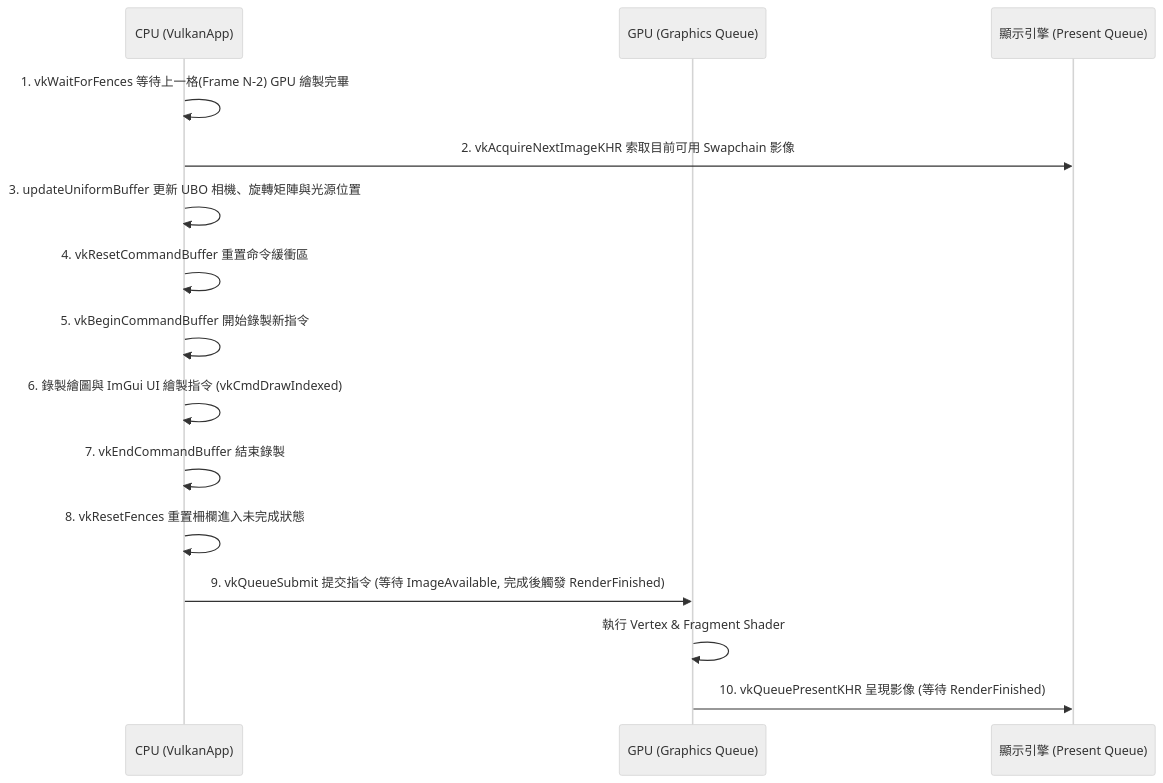
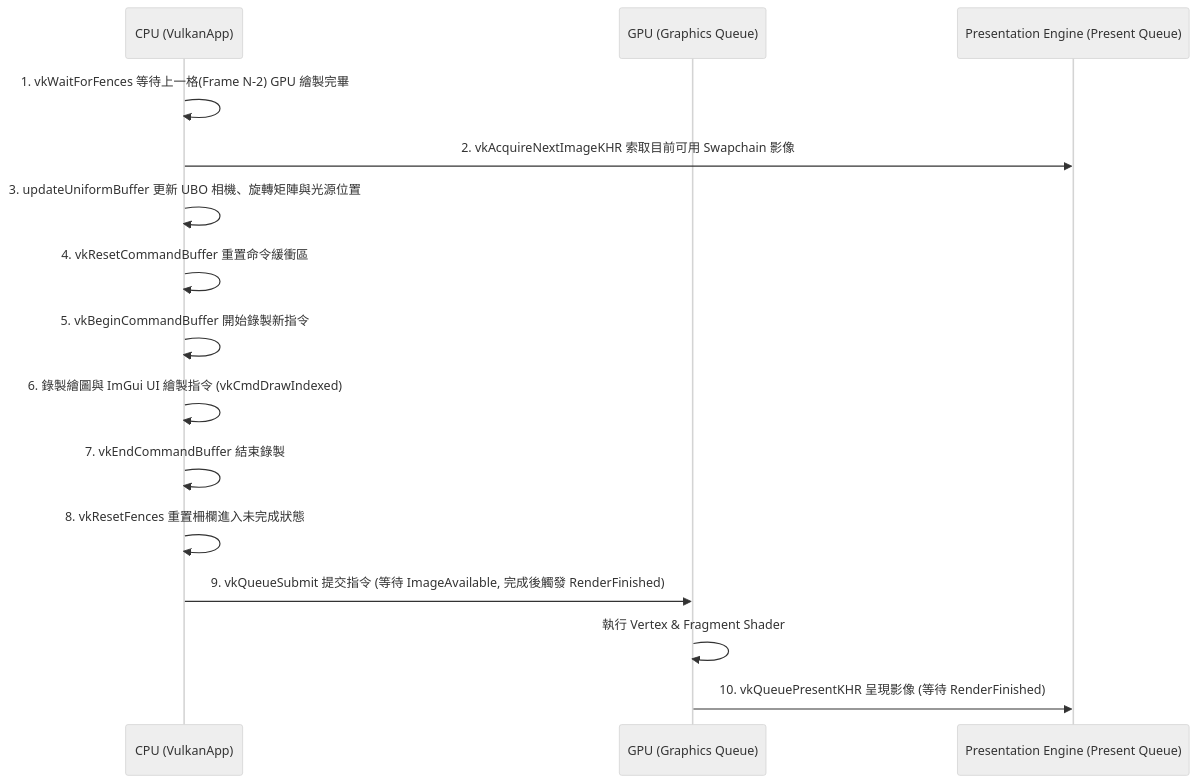
One commit to lancebai/vulkan-perf-playground changed the fifth of 6 diagrams in vulkan_project_guide.md. Above: the diagram before and after it, drawn with Mermaid (neutral theme). The commit also changed other lines of this file, not shown here.

````diff
--- a/vulkan_project_guide.md
+++ b/vulkan_project_guide.md
@@ -399,18 +411,18 @@
 ```mermaid
 sequenceDiagram
     participant CPU as CPU (VulkanApp)
     participant GPU as GPU (Graphics Queue)
-    participant Screen as 顯示引擎 (Present Queue)
+    participant Screen as Presentation Engine (Present Queue)
 
     CPU->>CPU: 1. vkWaitForFences 等待上一格(Frame N-2) GPU 繪製完畢
     CPU->>Screen: 2. vkAcquireNextImageKHR 索取目前可用 Swapchain 影像
     CPU->>CPU: 3. updateUniformBuffer 更新 UBO 相機、旋轉矩陣與光源位置
     CPU->>CPU: 4. vkResetCommandBuffer 重置命令緩衝區
     CPU->>CPU: 5. vkBeginCommandBuffer 開始錄製新指令
     CPU->>CPU: 6. 錄製繪圖與 ImGui UI 繪製指令 (vkCmdDrawIndexed)
     CPU->>CPU: 7. vkEndCommandBuffer 結束錄製
     CPU->>CPU: 8. vkResetFences 重置柵欄進入未完成狀態
     CPU->>GPU: 9. vkQueueSubmit 提交指令 (等待 ImageAvailable, 完成後觸發 RenderFinished)
     GPU->>GPU: 執行 Vertex & Fragment Shader
     GPU->>Screen: 10. vkQueuePresentKHR 呈現影像 (等待 RenderFinished)
 ```
````
